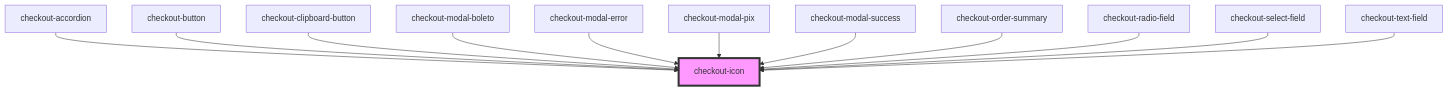
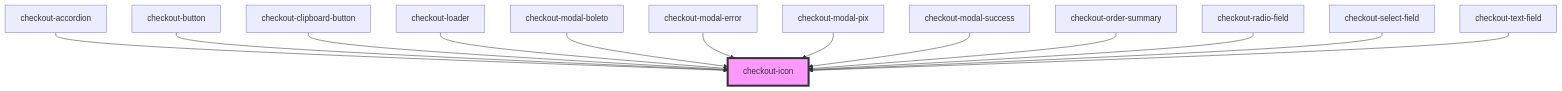
Before and after one commit to plughacker/malga-checkout: the diagram in packages/common/src/components/checkout-icon/readme.md, drawn with Mermaid. The commit also changed other lines of this file and 23 other files, not shown here.

Commit message:
feat(checkout-loaders): added the loader component, checkout/full loading states

````diff
--- a/packages/common/src/components/checkout-icon/readme.md
+++ b/packages/common/src/components/checkout-icon/readme.md
@@ -33,15 +34,16 @@
 ```mermaid
 graph TD;
   checkout-accordion --> checkout-icon
   checkout-button --> checkout-icon
   checkout-clipboard-button --> checkout-icon
+  checkout-loader --> checkout-icon
   checkout-modal-boleto --> checkout-icon
   checkout-modal-error --> checkout-icon
   checkout-modal-pix --> checkout-icon
   checkout-modal-success --> checkout-icon
   checkout-order-summary --> checkout-icon
   checkout-radio-field --> checkout-icon
   checkout-select-field --> checkout-icon
   checkout-text-field --> checkout-icon
   style checkout-icon fill:#f9f,stroke:#333,stroke-width:4px
 ```
````
